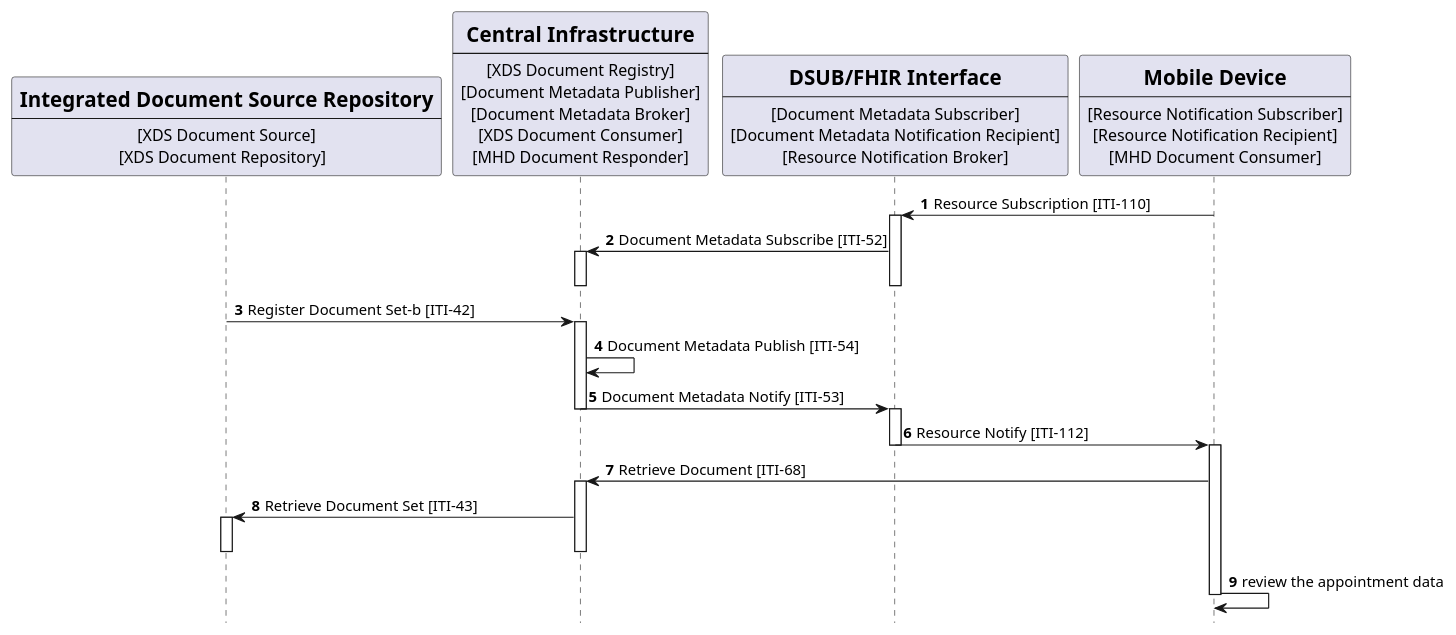
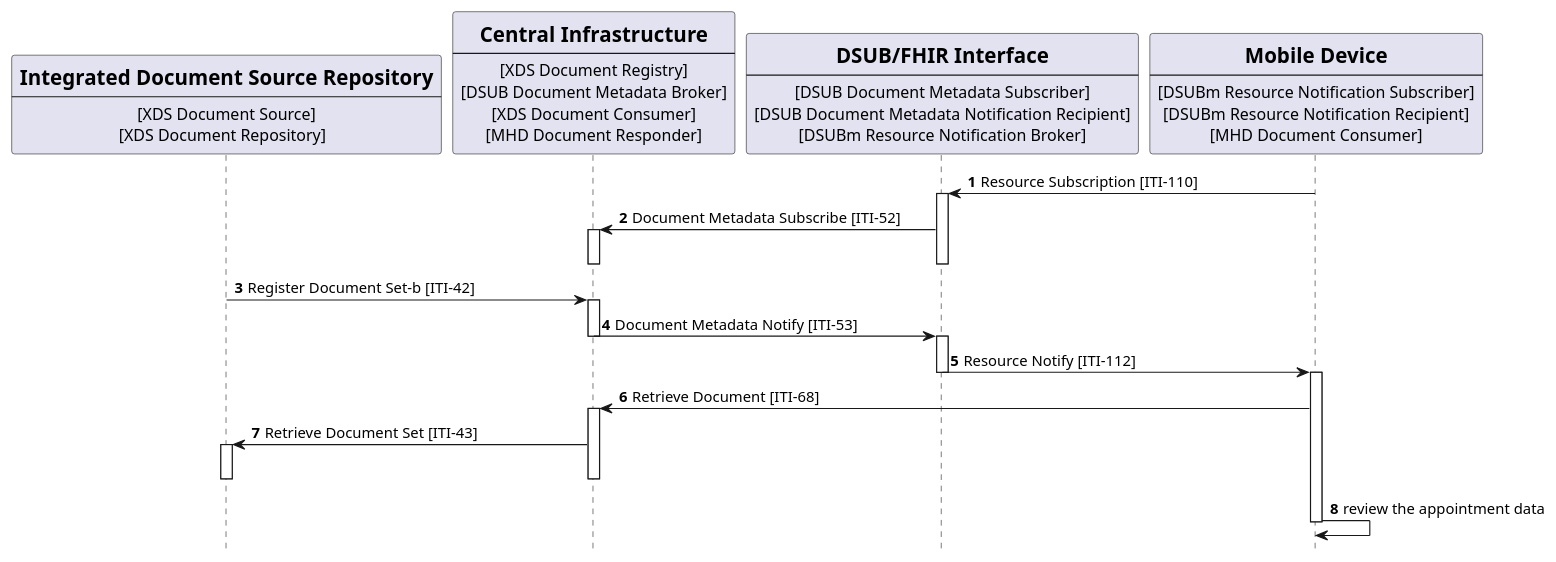
The diagram in input/images-source/usecase4-processflow.plantuml (IHE/ITI.DSUBm), drawn with PlantUML before and after one commit. The commit also changed 7 other files, not shown here.

Commit message:
update vol1 uml

```diff
--- a/input/images-source/usecase4-processflow.plantuml
+++ b/input/images-source/usecase4-processflow.plantuml
@@ -1,66 +1,65 @@
 @startuml
 skinparam svgDimensionStyle false
 hide footbox
 /'title "Subscription with DSUBm on DSUB on FHIR infrastructure from Mobile Device" '/
 participant Repository [
     =Integrated Document Source Repository
     ----
     [XDS Document Source]
     [XDS Document Repository]  
 ] 
 
 participant Central [
     =Central Infrastructure
     ----
     [XDS Document Registry]
-    [Document Metadata Publisher]
-    [Document Metadata Broker]
+    [DSUB Document Metadata Broker]
     [XDS Document Consumer]
     [MHD Document Responder]
 ] 
 
 participant DSUBonFHIR [
     =DSUB/FHIR Interface
     ----
-    [Document Metadata Subscriber]
-    [Document Metadata Notification Recipient]
-    [Resource Notification Broker]
+    [DSUB Document Metadata Subscriber]
+    [DSUB Document Metadata Notification Recipient]
+    [DSUBm Resource Notification Broker]
     ] 
 
 participant MobDevice [
     =Mobile Device
     ----
-    [Resource Notification Subscriber]
-    [Resource Notification Recipient]
+    [DSUBm Resource Notification Subscriber]
+    [DSUBm Resource Notification Recipient]
     [MHD Document Consumer]
 ] 
 
 autonumber 1 "<b>"
 MobDevice -> DSUBonFHIR: Resource Subscription [ITI-110]
 activate DSUBonFHIR
 DSUBonFHIR -> Central: Document Metadata Subscribe [ITI-52]
 activate Central
 deactivate Central
 deactivate DSUBonFHIR
 
 Repository -> Central: Register Document Set-b [ITI-42]
 activate Central
-Central -> Central:  Document Metadata Publish [ITI-54]
+
 Central -> DSUBonFHIR: Document Metadata Notify [ITI-53]
 deactivate Central
 
 activate DSUBonFHIR
 DSUBonFHIR -> MobDevice: Resource Notify [ITI-112]
 deactivate DSUBonFHIR
 activate MobDevice
 MobDevice -> Central: Retrieve Document [ITI-68]
 activate Central
 Central -> Repository: Retrieve Document Set [ITI-43]
 activate Repository
 deactivate Repository
 deactivate Central
 MobDevice -> MobDevice: review the appointment data
 deactivate MobDevice
 
 
 @enduml
```
